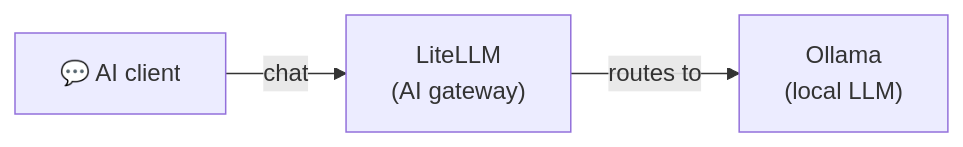
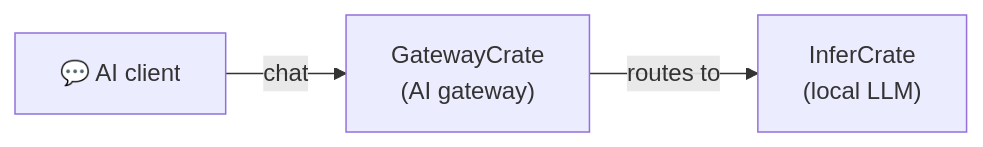
One commit to hwdsl2/self-hosted-ai-stack changed the diagram in stacks/chat-only/README.md. Above: the diagram before and after it, drawn with Mermaid. The commit also changed other lines of this file and 47 other files, not shown here.

````diff
--- a/stacks/chat-only/README.md
+++ b/stacks/chat-only/README.md
@@ -17,5 +17,5 @@
 ```mermaid
 graph LR
-    C["💬 AI client"] -->|chat| L["LiteLLM<br/>(AI gateway)"]
-    L -->|routes to| O["Ollama<br/>(local LLM)"]
+    C["💬 AI client"] -->|chat| L["GatewayCrate<br/>(AI gateway)"]
+    L -->|routes to| O["InferCrate<br/>(local LLM)"]
 ```
````
